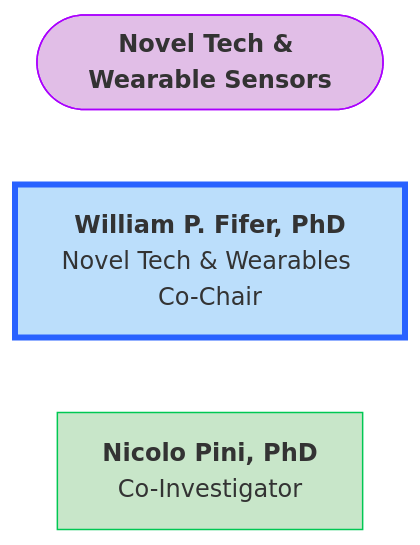
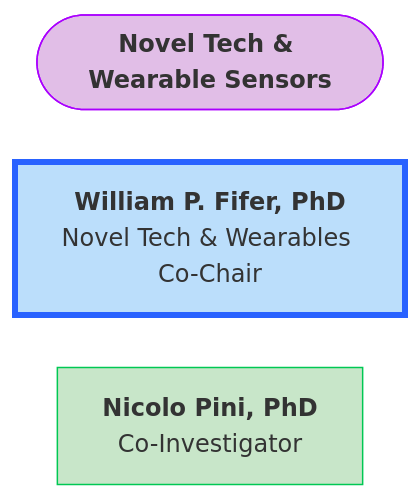
One commit to DCAN-Labs/hbcd-docs-internal changed the third of 4 diagrams in docs/orgcharts.md. Above: the diagram before and after it, drawn with Mermaid. The commit also changed other lines of this file, not shown here.

````diff
--- a/docs/orgcharts.md
+++ b/docs/orgcharts.md
@@ -907,10 +907,14 @@
 ```mermaid
+---
+config:
+  layout: elk
+---
 flowchart LR
     A(["<b>Novel Tech &amp; Wearable Sensors</b>"])
     B["<b>William P. Fifer, PhD</b><br>Novel Tech & Wearables Co-Chair"]
     C["<b>Nicolo Pini, PhD</b><br>Co-Investigator"]
 
     style A fill:#E1BEE7,stroke:#AA00FF
     style B fill:#BBDEFB,stroke:#2962FF,stroke-width:4px
     style C fill:#C8E6C9,stroke:#00C853
 ```
````
